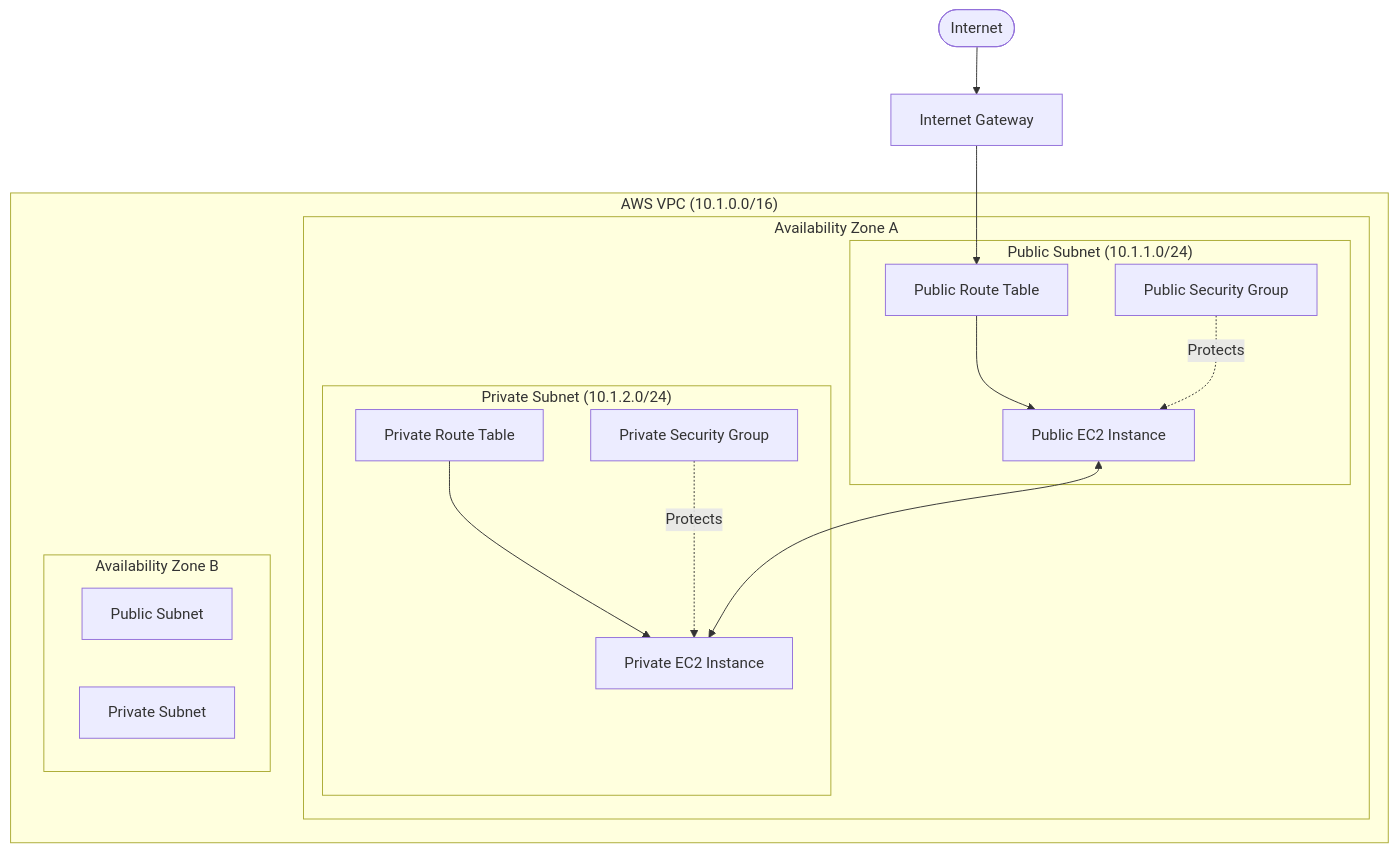
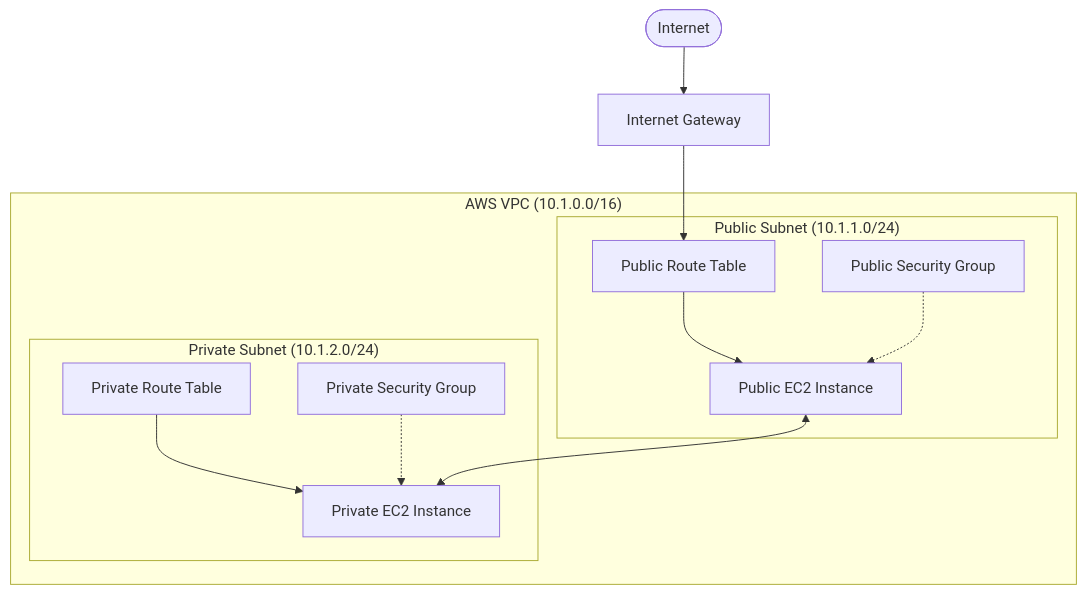
One commit to ZaiFlux/aws-vpc-traffic-flow-security changed the diagram in README.md. Above: the diagram before and after it, drawn with Mermaid.

````diff
--- a/README.md
+++ b/README.md
@@ -34,43 +34,33 @@
 ```mermaid
 flowchart TB
 
     Internet([Internet])
     IGW[Internet Gateway]
 
     Internet --> IGW
 
     subgraph VPC["AWS VPC (10.1.0.0/16)"]
 
-        subgraph AZ1["Availability Zone A"]
-
-            subgraph PublicSubnet["Public Subnet (10.1.1.0/24)"]
-                PublicRT[Public Route Table]
-                PublicSG[Public Security Group]
-                PublicEC2[Public EC2 Instance]
-            end
-
-            subgraph PrivateSubnet["Private Subnet (10.1.2.0/24)"]
-                PrivateRT[Private Route Table]
-                PrivateSG[Private Security Group]
-                PrivateEC2[Private EC2 Instance]
-            end
-
+        subgraph PublicSubnet["Public Subnet (10.1.1.0/24)"]
+            PublicRT[Public Route Table]
+            PublicSG[Public Security Group]
+            PublicEC2[Public EC2 Instance]
         end
 
-        subgraph AZ2["Availability Zone B"]
-            PublicReserve[Public Subnet]
-            PrivateReserve[Private Subnet]
+        subgraph PrivateSubnet["Private Subnet (10.1.2.0/24)"]
+            PrivateRT[Private Route Table]
+            PrivateSG[Private Security Group]
+            PrivateEC2[Private EC2 Instance]
         end
 
     end
 
     IGW --> PublicRT
     PublicRT --> PublicEC2
 
-    PublicSG -. Protects .-> PublicEC2
-    PrivateSG -. Protects .-> PrivateEC2
+    PublicSG -.-> PublicEC2
+    PrivateSG -.-> PrivateEC2
 
     PublicEC2 <--> PrivateEC2
-
     PrivateRT --> PrivateEC2
 ```
````
